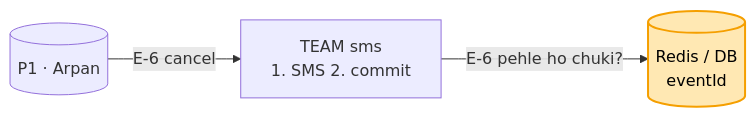
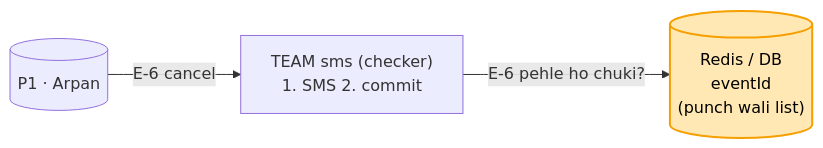
One commit to ArpanMaheshwari144/Prep changed the fifth of 8 diagrams in 04_HLD/SYSTEM_DESIGNS/12_message_queue_kafka/12_message_queue_kafka.md. Above: the diagram before and after it, drawn with Mermaid. The commit also changed other lines of this file and 1 other file, not shown here.

Commit message:
HLD kafka main file: har kadam pe ek Stadium line + diagram me technical naam ke saath bracket me stadium naam; notes block 6 checker (bookmark consumer likhta)

````diff
--- a/04_HLD/SYSTEM_DESIGNS/12_message_queue_kafka/12_message_queue_kafka.md
+++ b/04_HLD/SYSTEM_DESIGNS/12_message_queue_kafka/12_message_queue_kafka.md
@@ -230,6 +240,6 @@
 ```mermaid
 flowchart LR
-    P1[("P1 · Arpan")] -- "E-6 cancel" --> A["TEAM sms<br/>1. SMS 2. commit"]
-    A -- "E-6 pehle ho chuki?" --> R[("Redis / DB<br/>eventId")]
+    P1[("P1 · Arpan")] -- "E-6 cancel" --> A["TEAM sms (checker)<br/>1. SMS 2. commit"]
+    A -- "E-6 pehle ho chuki?" --> R[("Redis / DB<br/>eventId<br/>(punch wali list)")]
     style R fill:#ffe8b3,stroke:#f59f00,stroke-width:2px,color:#000
 ```
````
